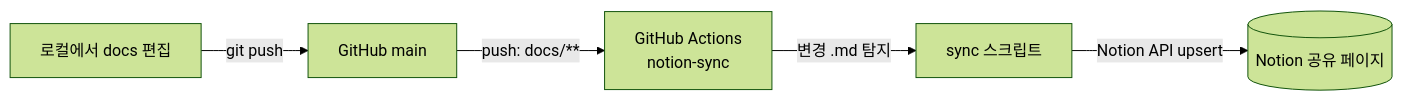
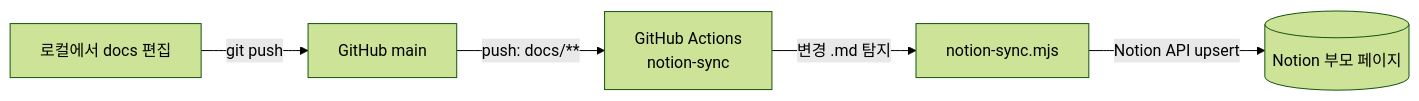
The diagram in docs/plan/notion-sync.md (ompangyji/dailyproof), drawn with Mermaid (forest theme) before and after one commit. The commit also changed other lines of this file and 6 other files, not shown here.

````diff
--- a/docs/plan/notion-sync.md
+++ b/docs/plan/notion-sync.md
@@ -22,7 +22,7 @@
 ```mermaid
 flowchart LR
     dev[로컬에서 docs 편집] -->|git push| gh[GitHub main]
     gh -->|push: docs/**| gha[GitHub Actions<br/>notion-sync]
-    gha -->|변경 .md 탐지| script[sync 스크립트]
-    script -->|Notion API upsert| notion[(Notion 공유 페이지)]
+    gha -->|변경 .md 탐지| script[notion-sync.mjs]
+    script -->|Notion API upsert| notion[(Notion 부모 페이지)]
 ```
````
